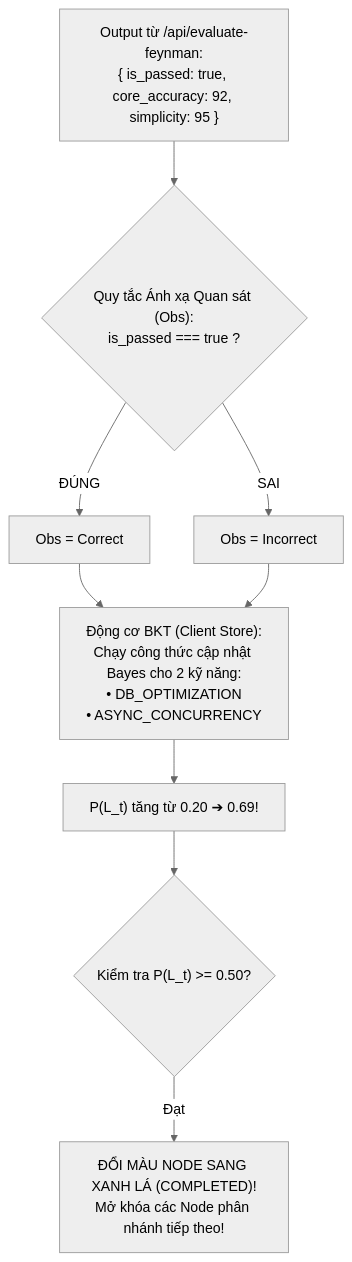
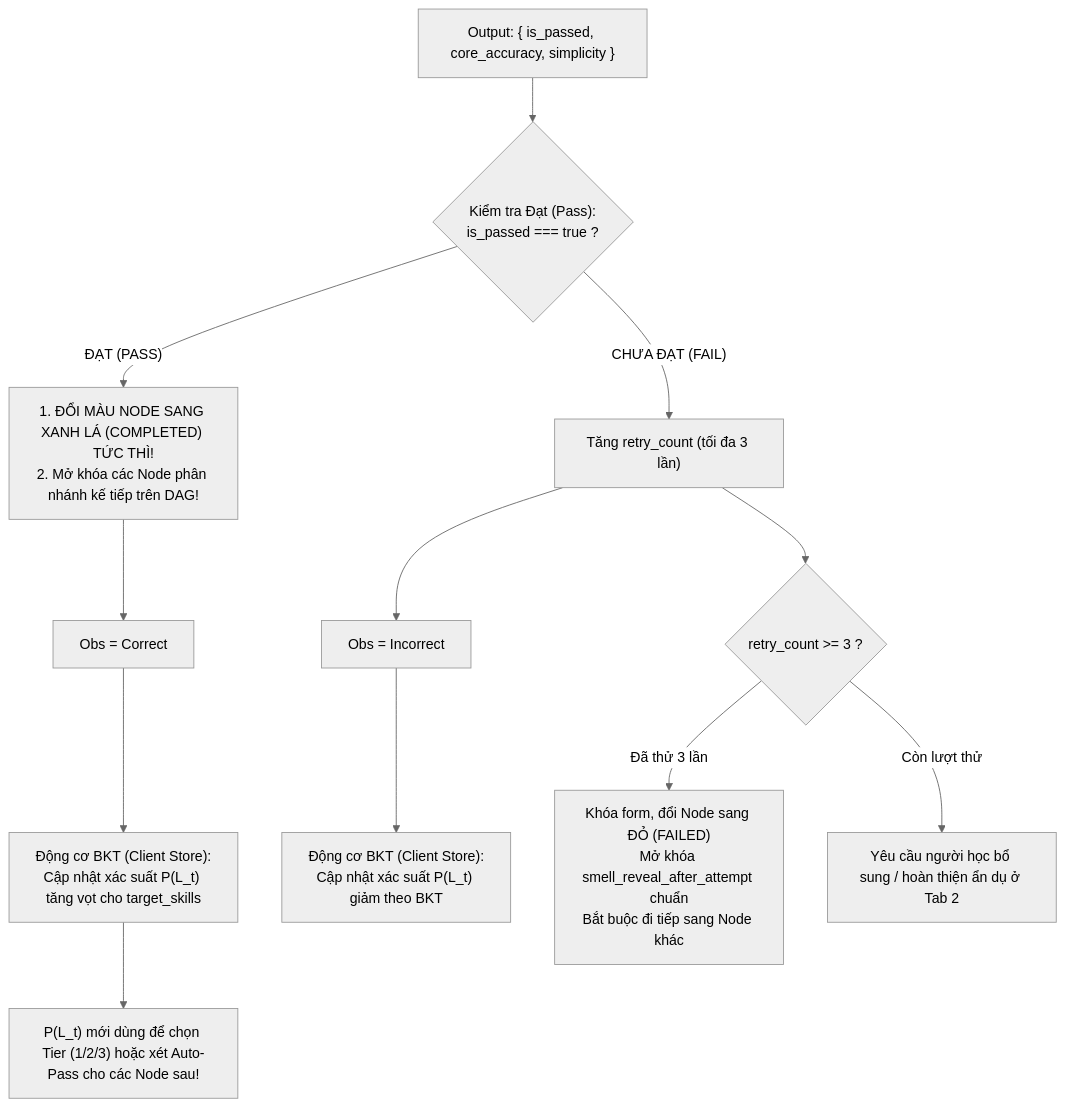
The second of 2 diagrams in 02_AI_VA_BAYES/01_LLM_PIPELINE_GUARDRAIL.md (huynhthanhnhannnh-pixel/Hackathon_SGU), drawn with Mermaid (neutral theme) before and after one commit. The commit also changed other lines of this file and 9 other files, not shown here.

Commit message:
sua doi 1 so thu cho AI bayes voi sua loi bia dat cua AI lam doc

````diff
--- a/02_AI_VA_BAYES/01_LLM_PIPELINE_GUARDRAIL.md
+++ b/02_AI_VA_BAYES/01_LLM_PIPELINE_GUARDRAIL.md
@@ -290,14 +319,16 @@
 ```mermaid
 flowchart TD
-    AIOut["Output từ /api/evaluate-feynman:<br/>{ is_passed: true, core_accuracy: 92, simplicity: 95 }"] --> MapObs{"Quy tắc Ánh xạ Quan sát (Obs):<br/>is_passed === true ?"}
+    AIOut["Output: { is_passed, core_accuracy, simplicity }"] --> CheckPass{"Kiểm tra Đạt (Pass):<br/>is_passed === true ?"}
     
-    MapObs -- "ĐÚNG" --> ObsCorrect["Obs = Correct"]
-    MapObs -- "SAI" --> ObsIncorrect["Obs = Incorrect"]
-    
-    ObsCorrect --> BKT["Động cơ BKT (Client Store):<br/>Chạy công thức cập nhật Bayes cho 2 kỹ năng:<br/>• DB_OPTIMIZATION<br/>• ASYNC_CONCURRENCY"]
-    ObsIncorrect --> BKT
-    
-    BKT --> UpdateProb["P(L_t) tăng từ 0.20 ➔ 0.69!"]
-    UpdateProb --> FSM{"Kiểm tra P(L_t) >= 0.50?"}
-    FSM -- "Đạt" --> GreenNode["ĐỔI MÀU NODE SANG XANH LÁ (COMPLETED)!<br/>Mở khóa các Node phân nhánh tiếp theo!"]
+    CheckPass -- "ĐẠT (PASS)" --> PassAction["1. ĐỔI MÀU NODE SANG XANH LÁ (COMPLETED) TỨC THÌ!<br/>2. Mở khóa các Node phân nhánh kế tiếp trên DAG!"]
+    PassAction --> ObsCorrect["Obs = Correct"]
+    ObsCorrect --> BKT["Động cơ BKT (Client Store):<br/>Cập nhật xác suất P(L_t) tăng vọt cho target_skills"]
+    BKT --> ReadyNext["P(L_t) mới dùng để chọn Tier (1/2/3) hoặc xét Auto-Pass cho các Node sau!"]
+
+    CheckPass -- "CHƯA ĐẠT (FAIL)" --> FailAction["Tăng retry_count (tối đa 3 lần)"]
+    FailAction --> ObsIncorrect["Obs = Incorrect"]
+    ObsIncorrect --> BKTFail["Động cơ BKT (Client Store):<br/>Cập nhật xác suất P(L_t) giảm theo BKT"]
+    FailAction --> CheckRetry{"retry_count >= 3 ?"}
+    CheckRetry -- "Đã thử 3 lần" --> RedNode["Khóa form, đổi Node sang ĐỎ (FAILED)<br/>Mở khóa smell_reveal_after_attempt chuẩn<br/>Bắt buộc đi tiếp sang Node khác"]
+    CheckRetry -- "Còn lượt thử" --> RetryUI["Yêu cầu người học bổ sung / hoàn thiện ẩn dụ ở Tab 2"]
 ```
````
